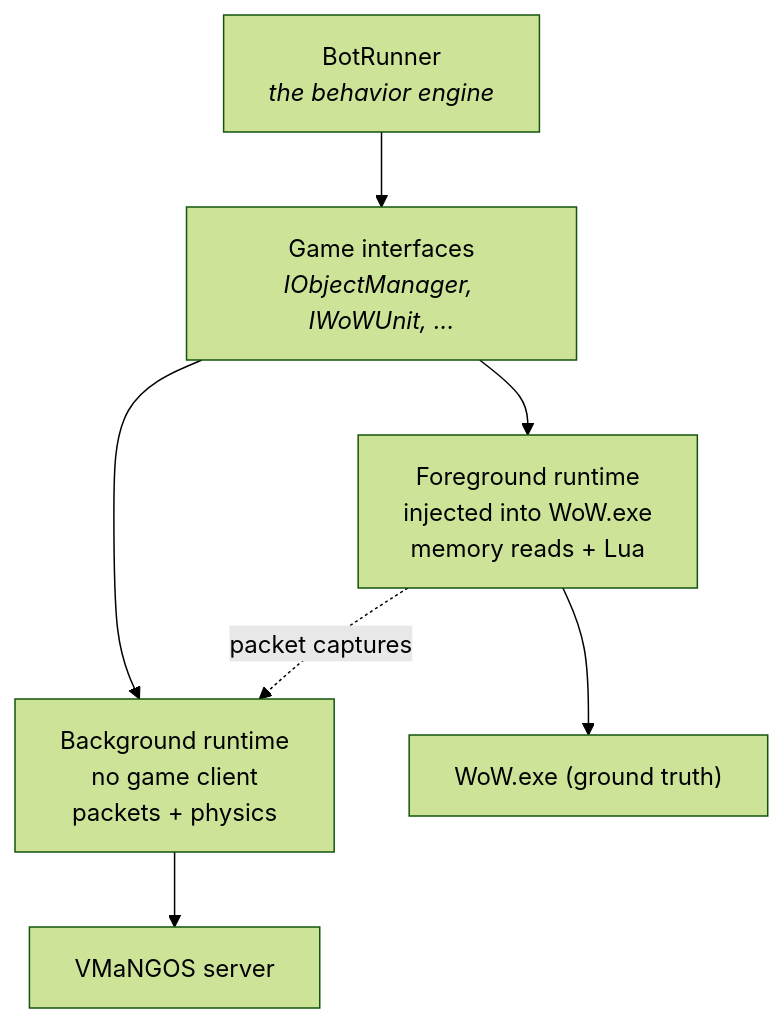
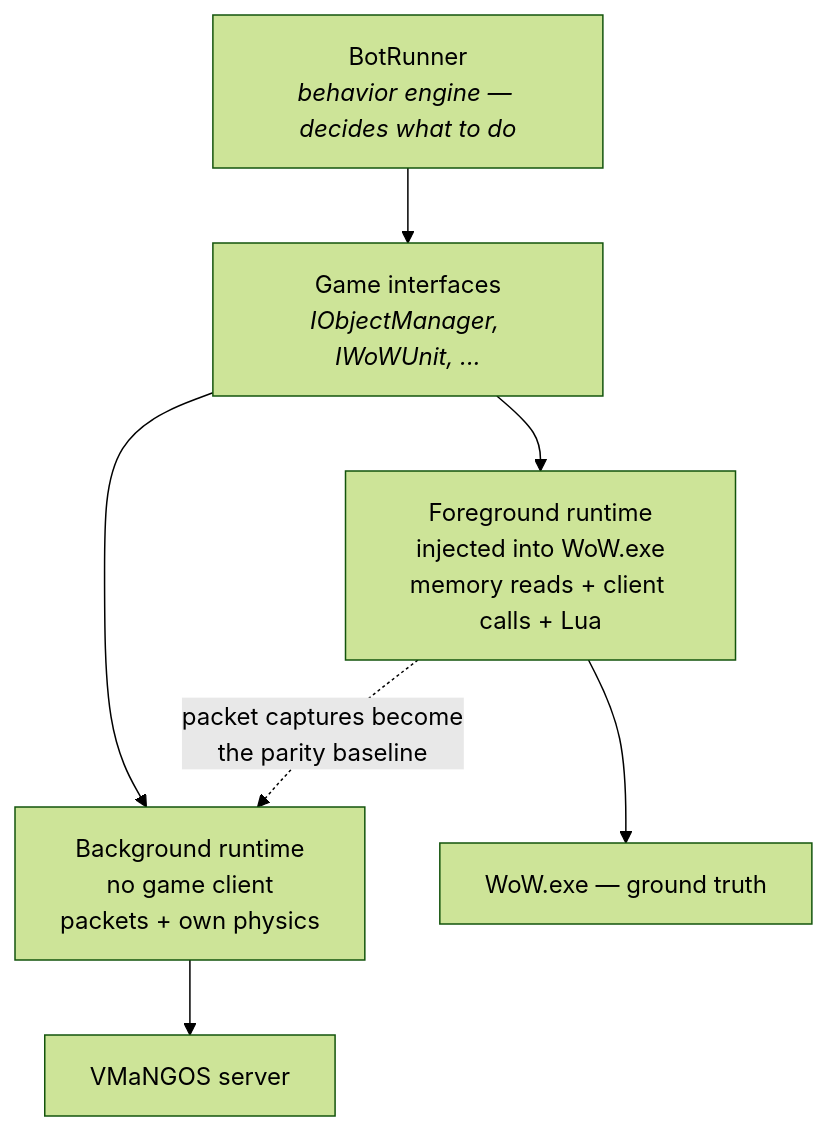
The diagram in _posts/2026-09-08-escaping-the-client.md (lrhodes404/wwow-devblog), drawn with Mermaid (forest theme) before and after one commit. The commit also changed other lines of this file and 10 other files, not shown here.

````diff
--- a/_posts/2026-09-08-escaping-the-client.md
+++ b/_posts/2026-09-08-escaping-the-client.md
@@ -46,11 +101,11 @@
 ```mermaid
 flowchart TB
-  BR["BotRunner<br/><i>the behavior engine</i>"]
+  BR["BotRunner<br/><i>behavior engine — decides what to do</i>"]
   GD["Game interfaces<br/><i>IObjectManager, IWoWUnit, ...</i>"]
   BR --> GD
-  GD --> FG["Foreground runtime<br/>injected into WoW.exe<br/>memory reads + Lua"]
-  GD --> BG["Background runtime<br/>no game client<br/>packets + physics"]
-  FG --> W["WoW.exe (ground truth)"]
+  GD --> FG["Foreground runtime<br/>injected into WoW.exe<br/>memory reads + client calls + Lua"]
+  GD --> BG["Background runtime<br/>no game client<br/>packets + own physics"]
+  FG --> W["WoW.exe — ground truth"]
   BG --> S["VMaNGOS server"]
-  FG -.->|packet captures| BG
+  FG -.->|"packet captures become<br/>the parity baseline"| BG
 ```
````
